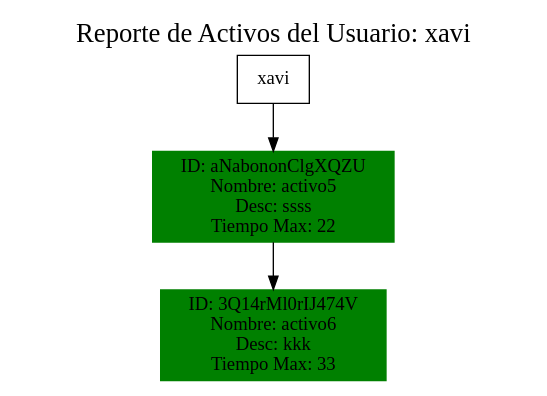
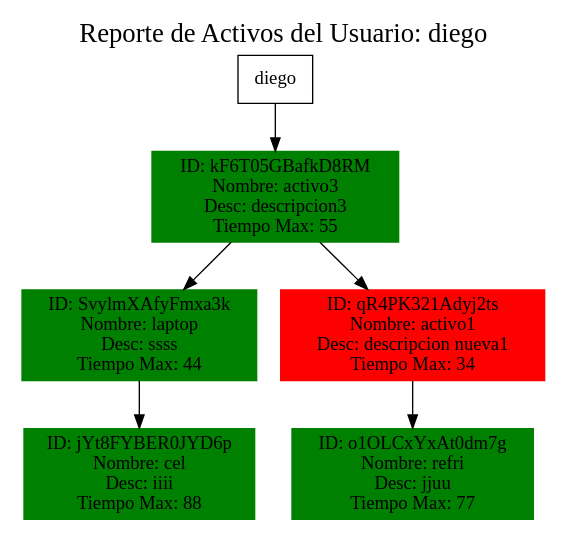
Before and after one commit to DavidVelasquez77/EDD_PROYECTO1: the diagram in output/reporte_activos_usuario.dot, drawn with Graphviz. The commit also changed 38 other files, not shown here.

```diff
--- a/output/reporte_activos_usuario.dot
+++ b/output/reporte_activos_usuario.dot
@@ -1,12 +1,18 @@
 digraph ArbolActivos {
-    label="Reporte de Activos del Usuario: xavi";
+    label="Reporte de Activos del Usuario: diego";
     labelloc="t";
     fontsize=20;
     node [shape=rectangle];
     rankdir=TB;
-    "xavi" [label="xavi"];
-    "xavi_aNabononClgXQZU" [label="ID: aNabononClgXQZU\nNombre: activo5\nDesc: ssss\nTiempo Max: 22", color="green", style=filled, fillcolor="green"];
-    "xavi" -> "xavi_aNabononClgXQZU";
-    "xavi_3Q14rMl0rIJ474V" [label="ID: 3Q14rMl0rIJ474V\nNombre: activo6\nDesc: kkk\nTiempo Max: 33", color="green", style=filled, fillcolor="green"];
-    "xavi_aNabononClgXQZU" -> "xavi_3Q14rMl0rIJ474V";
+    "diego" [label="diego"];
+    "diego_kF6T05GBafkD8RM" [label="ID: kF6T05GBafkD8RM\nNombre: activo3\nDesc: descripcion3\nTiempo Max: 55", color="green", style=filled, fillcolor="green"];
+    "diego" -> "diego_kF6T05GBafkD8RM";
+    "diego_SvylmXAfyFmxa3k" [label="ID: SvylmXAfyFmxa3k\nNombre: laptop\nDesc: ssss\nTiempo Max: 44", color="green", style=filled, fillcolor="green"];
+    "diego_kF6T05GBafkD8RM" -> "diego_SvylmXAfyFmxa3k";
+    "diego_jYt8FYBER0JYD6p" [label="ID: jYt8FYBER0JYD6p\nNombre: cel\nDesc: iiii\nTiempo Max: 88", color="green", style=filled, fillcolor="green"];
+    "diego_SvylmXAfyFmxa3k" -> "diego_jYt8FYBER0JYD6p";
+    "diego_qR4PK321Adyj2ts" [label="ID: qR4PK321Adyj2ts\nNombre: activo1\nDesc: descripcion nueva1\nTiempo Max: 34", color="red", style=filled, fillcolor="red"];
+    "diego_kF6T05GBafkD8RM" -> "diego_qR4PK321Adyj2ts";
+    "diego_o1OLCxYxAt0dm7g" [label="ID: o1OLCxYxAt0dm7g\nNombre: refri\nDesc: jjuu\nTiempo Max: 77", color="green", style=filled, fillcolor="green"];
+    "diego_qR4PK321Adyj2ts" -> "diego_o1OLCxYxAt0dm7g";
 }
```
